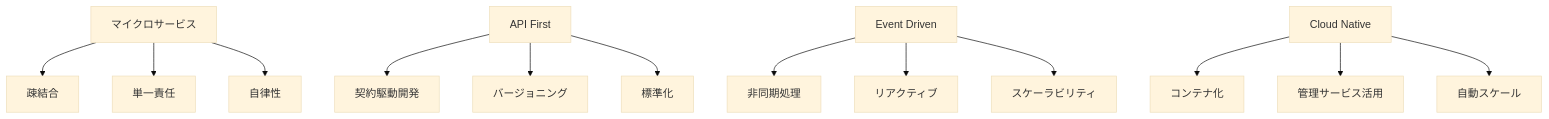
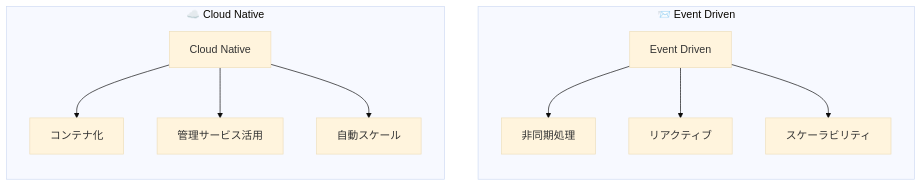
The third of 23 diagrams in docs/030000_設計/033000_アーキテクチャ/033010_全体構成.md (daichiTAAA/AgentOpsPlatform), drawn with Mermaid (base theme) before and after one commit. The commit also changed other lines of this file, not shown here.

````diff
--- a/docs/030000_設計/033000_アーキテクチャ/033010_全体構成.md
+++ b/docs/030000_設計/033000_アーキテクチャ/033010_全体構成.md
@@ -145,18 +156,20 @@
 ```mermaid
 graph TD
-    A[マイクロサービス] --> B[疎結合]
-    A --> C[単一責任]
-    A --> D[自律性]
+    %% Event Driven原則
+    subgraph "📨 Event Driven"
+        direction TB
+        I[Event Driven]
+        I --> J[非同期処理]
+        I --> K[リアクティブ]
+        I --> L[スケーラビリティ]
+    end
     
-    E[API First] --> F[契約駆動開発]
-    E --> G[バージョニング]
-    E --> H[標準化]
-    
-    I[Event Driven] --> J[非同期処理]
-    I --> K[リアクティブ]
-    I --> L[スケーラビリティ]
-    
-    M[Cloud Native] --> N[コンテナ化]
-    M --> O[管理サービス活用]
-    M --> P[自動スケール]
+    %% Cloud Native原則
+    subgraph "☁️ Cloud Native"
+        direction TB
+        M[Cloud Native]
+        M --> N[コンテナ化]
+        M --> O[管理サービス活用]
+        M --> P[自動スケール]
+    end
 ```
````
